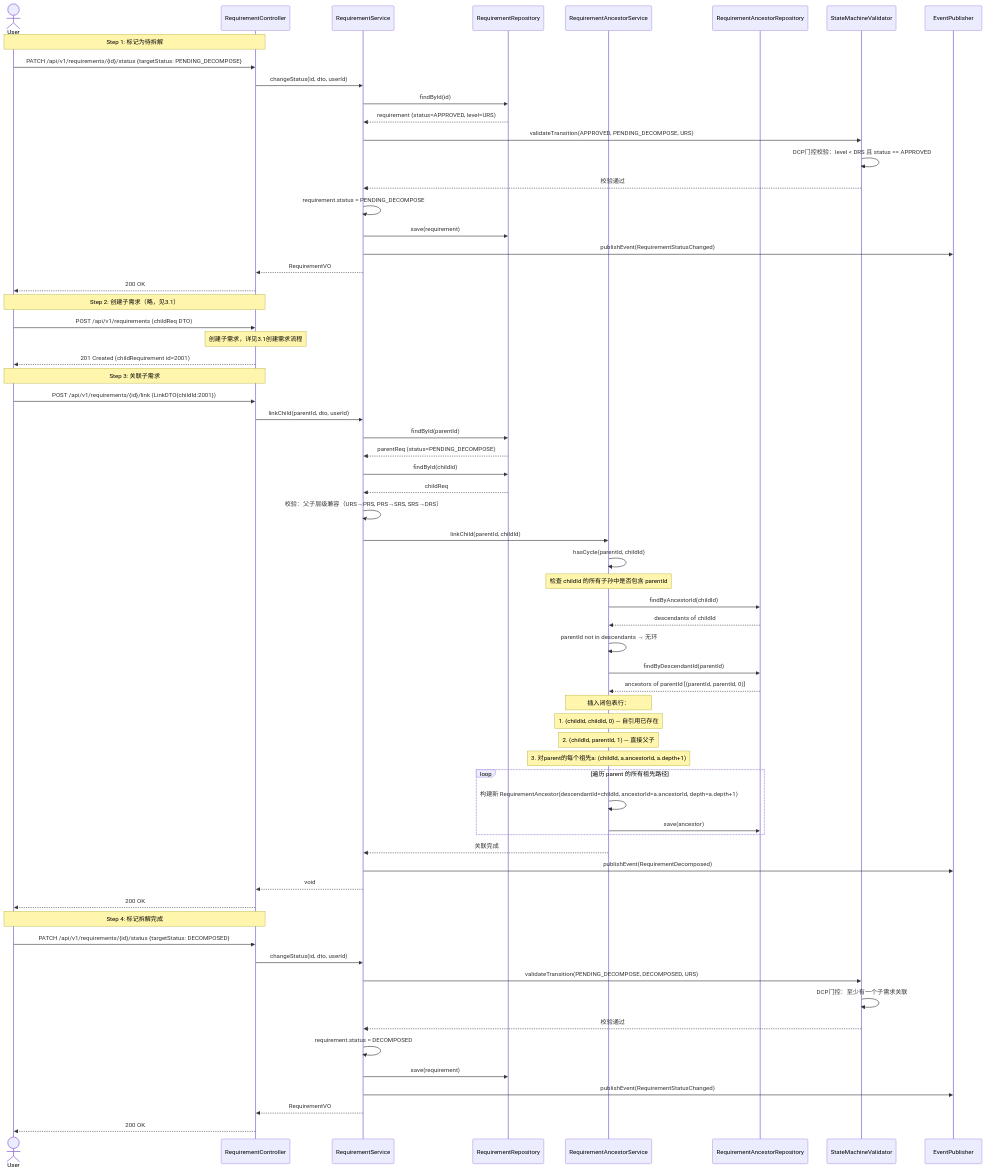
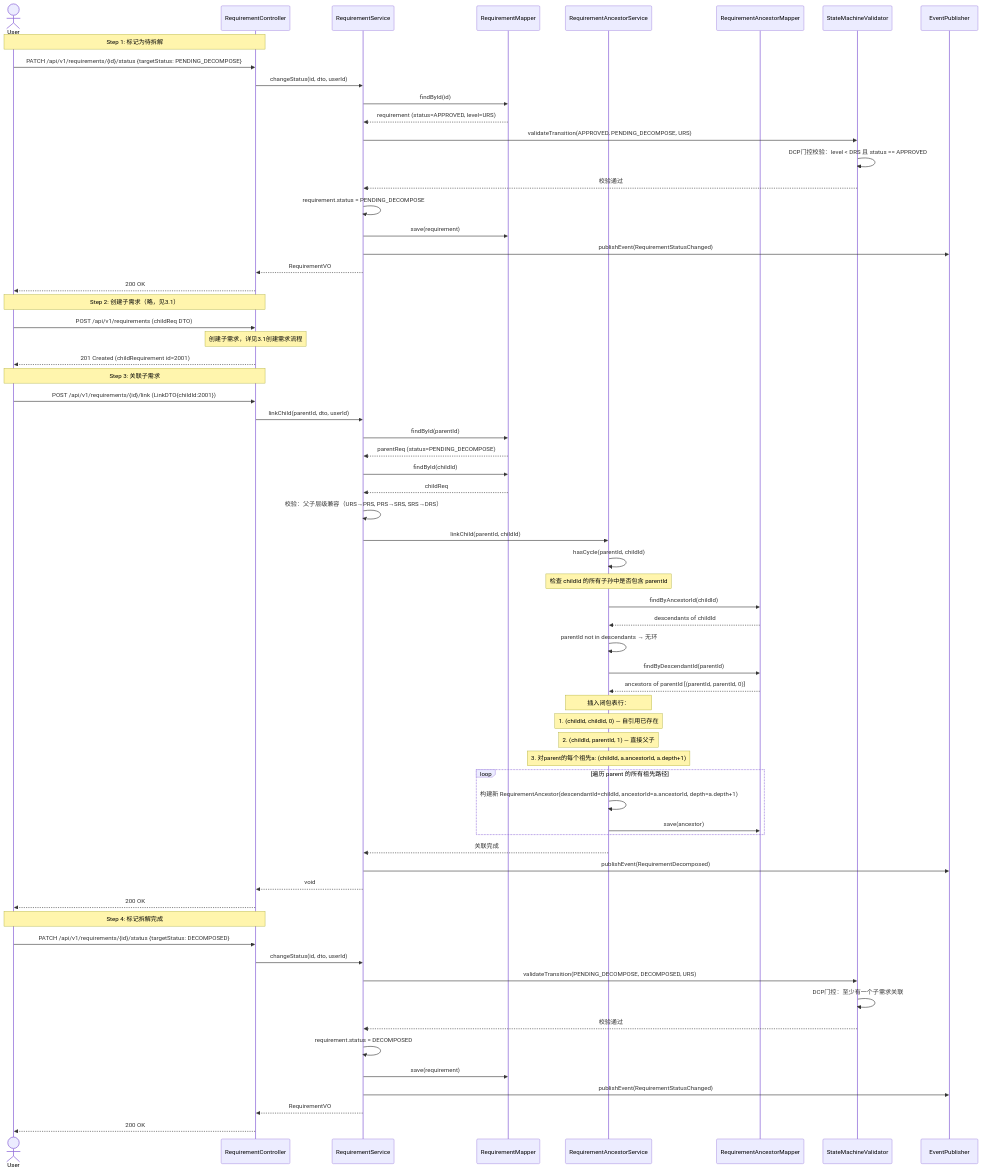
Before and after one commit to zhutao198/MED_RMS_PMS: the sixth of 6 diagrams in Detailed/01-详细设计/req-mgr-详细设计.md, drawn with Mermaid. The commit also changed other lines of this file and 2 other files, not shown here.

Commit message:
R112: 类图Repository转Mapper + 任务转化章节 + PrCorrection/RequirementPool

```diff
--- a/Detailed/01-详细设计/req-mgr-详细设计.md
+++ b/Detailed/01-详细设计/req-mgr-详细设计.md
@@ -1016,9 +1046,9 @@
     actor User
     participant RC as RequirementController
     participant RS as RequirementService
-    participant RR as RequirementRepository
+    participant RR as RequirementMapper
     participant RAS as RequirementAncestorService
-    participant AAR as RequirementAncestorRepository
+    participant AAR as RequirementAncestorMapper
     participant SMV as StateMachineValidator
     participant EP as EventPublisher
 
```
